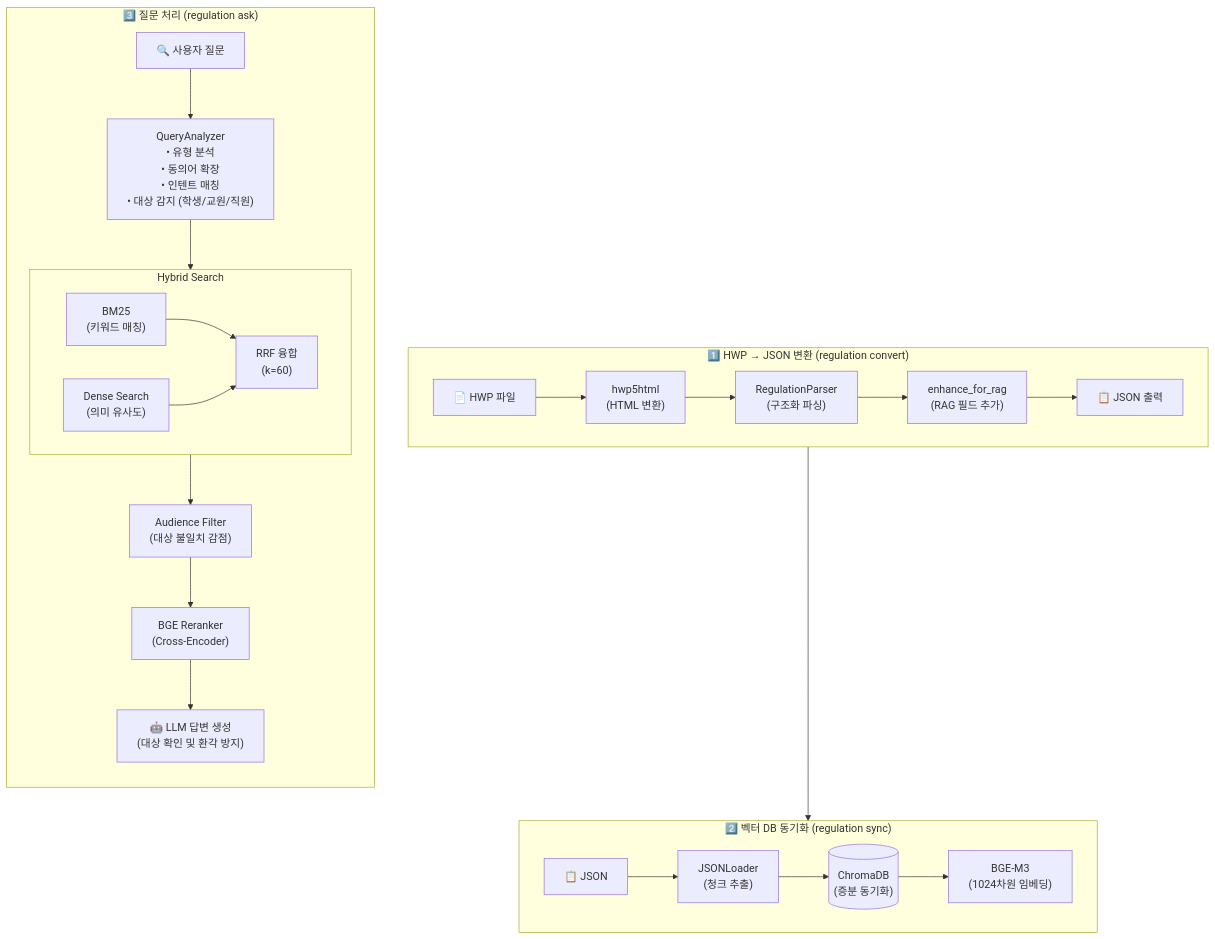
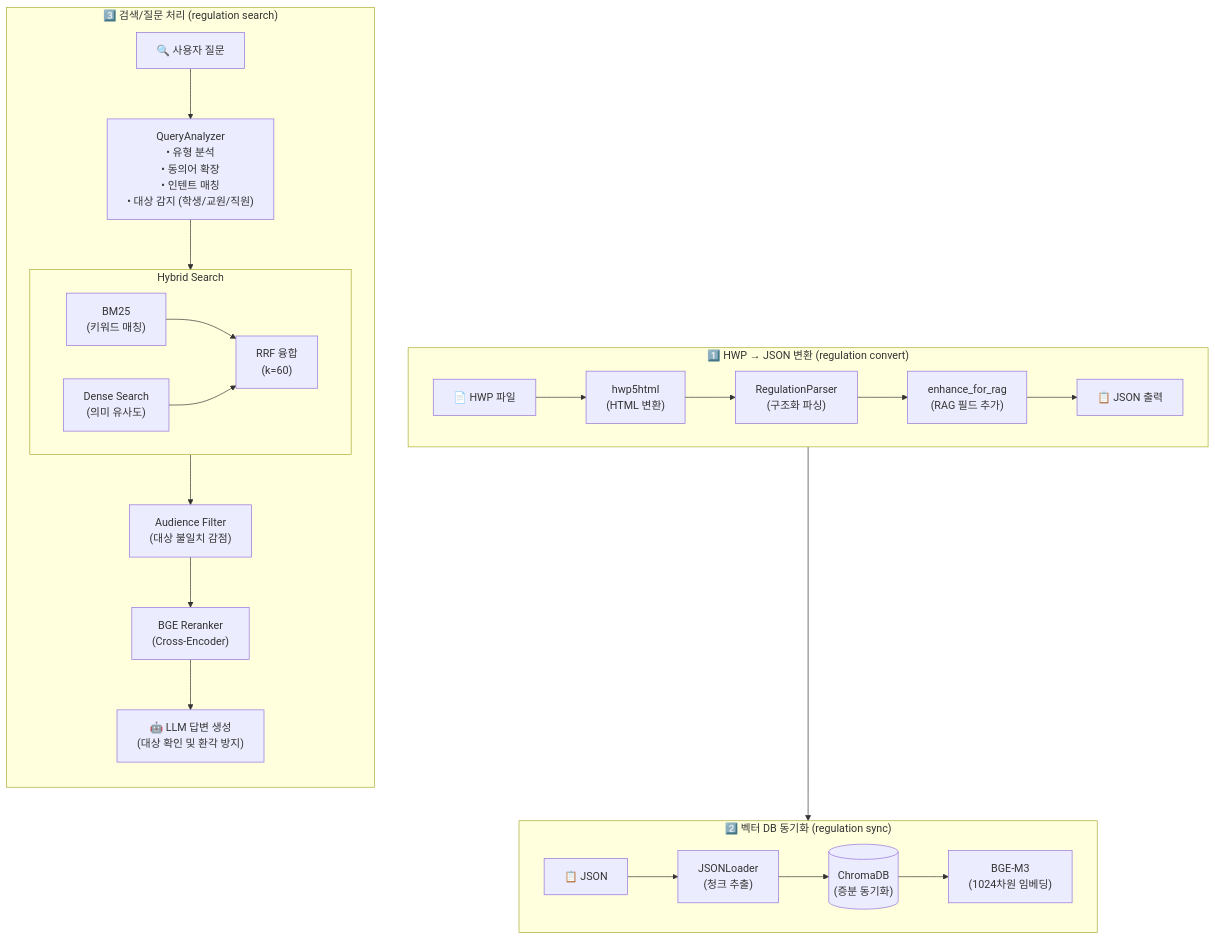
The second of 3 diagrams in README.md (seo-jinseok/regulation_manager), drawn with Mermaid before and after one commit. The commit also changed other lines of this file and 1 other file, not shown here.

````diff
--- a/README.md
+++ b/README.md
@@ -219,35 +219,35 @@
 ```mermaid
 flowchart TB
     subgraph CONVERT ["1️⃣ HWP → JSON 변환 (regulation convert)"]
         direction LR
         HWP["📄 HWP 파일"] --> hwp5html["hwp5html\n(HTML 변환)"]
         hwp5html --> Parser["RegulationParser\n(구조화 파싱)"]
         Parser --> Enhance["enhance_for_rag\n(RAG 필드 추가)"]
         Enhance --> JSON["📋 JSON 출력"]
     end
 
     subgraph SYNC ["2️⃣ 벡터 DB 동기화 (regulation sync)"]
         direction LR
         JSON2["📋 JSON"] --> Loader["JSONLoader\n(청크 추출)"]
         Loader --> Chroma[("ChromaDB\n(증분 동기화)")]
         Chroma --> Embed["BGE-M3\n(1024차원 임베딩)"]
     end
 
-    subgraph ASK ["3️⃣ 질문 처리 (regulation ask)"]
+    subgraph ASK ["3️⃣ 검색/질문 처리 (regulation search)"]
         direction TB
         Query["🔍 사용자 질문"] --> Analyzer["QueryAnalyzer\n• 유형 분석\n• 동의어 확장\n• 인텐트 매칭\n• 대상 감지 (학생/교원/직원)"]
         
         subgraph HYBRID ["Hybrid Search"]
             direction LR
             BM25["BM25\n(키워드 매칭)"] --> RRF["RRF 융합\n(k=60)"]
             Dense["Dense Search\n(의미 유사도)"] --> RRF
         end
         
         Analyzer --> HYBRID
         RRF --> Filter["Audience Filter\n(대상 불일치 감점)"]
         Filter --> Reranker["BGE Reranker\n(Cross-Encoder)"]
         Reranker --> LLM["🤖 LLM 답변 생성\n(대상 확인 및 환각 방지)"]
     end
 
     JSON --> JSON2
 ```
````
